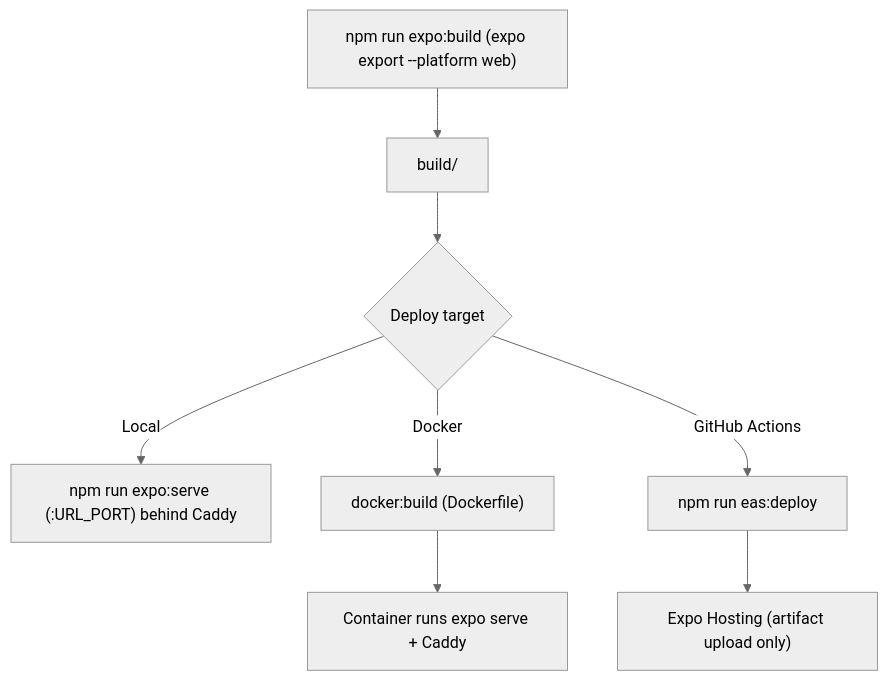
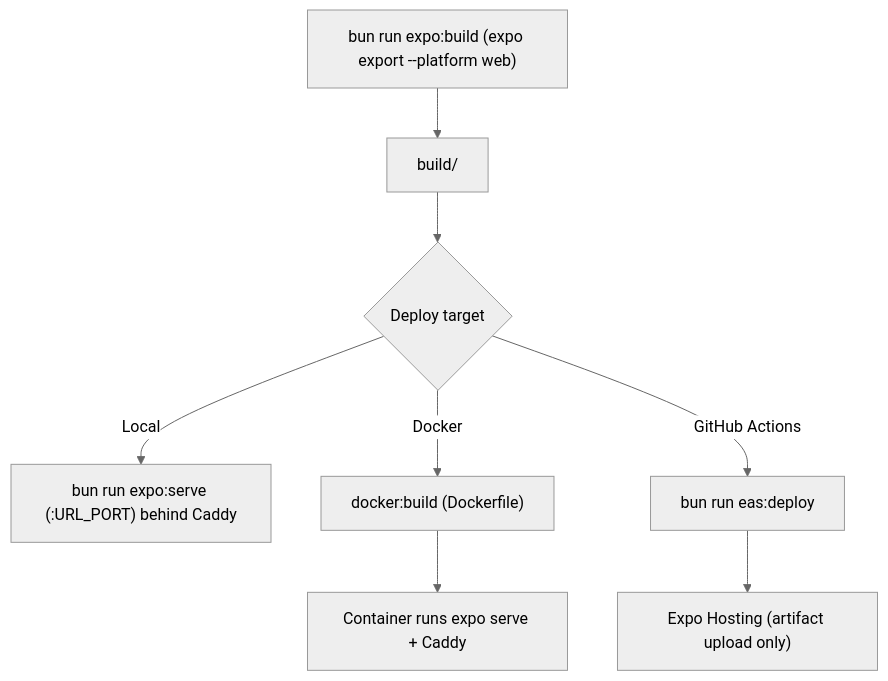
One commit to yuriusuonly/paku-paku changed the first of 4 diagrams in CONTRIBUTING.md. Above: the diagram before and after it, drawn with Mermaid (neutral theme). The commit also changed other lines of this file and 83 other files, not shown here.

````diff
--- a/CONTRIBUTING.md
+++ b/CONTRIBUTING.md
@@ -33,10 +89,10 @@
 ```mermaid
 flowchart TD
-  A["npm run expo:build (expo export --platform web)"] --> B["build/"]
+  A["bun run expo:build (expo export --platform web)"] --> B["build/"]
   B --> C{"Deploy target"}
-  C -->|"Local"| D["npm run expo:serve (:URL_PORT) behind Caddy"]
+  C -->|"Local"| D["bun run expo:serve (:URL_PORT) behind Caddy"]
   C -->|"Docker"| E["docker:build (Dockerfile)"]
   E --> F["Container runs expo serve + Caddy"]
-  C -->|"GitHub Actions"| G["npm run eas:deploy"]
+  C -->|"GitHub Actions"| G["bun run eas:deploy"]
   G --> H["Expo Hosting (artifact upload only)"]
 ```
````
